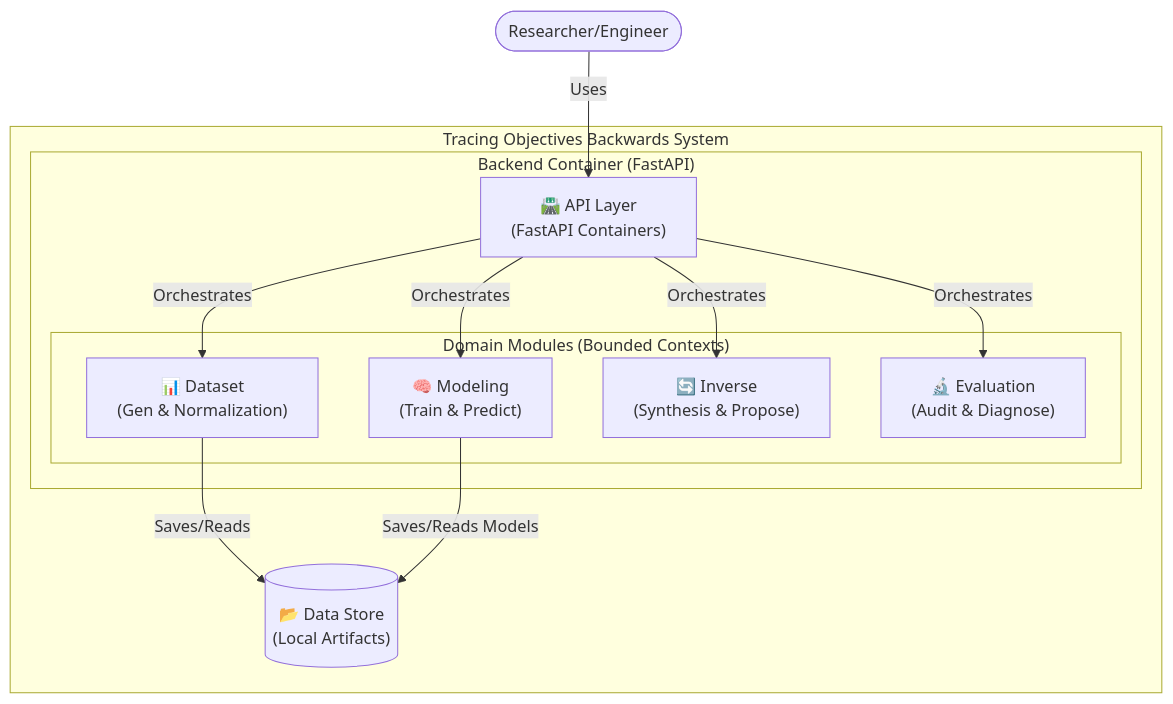
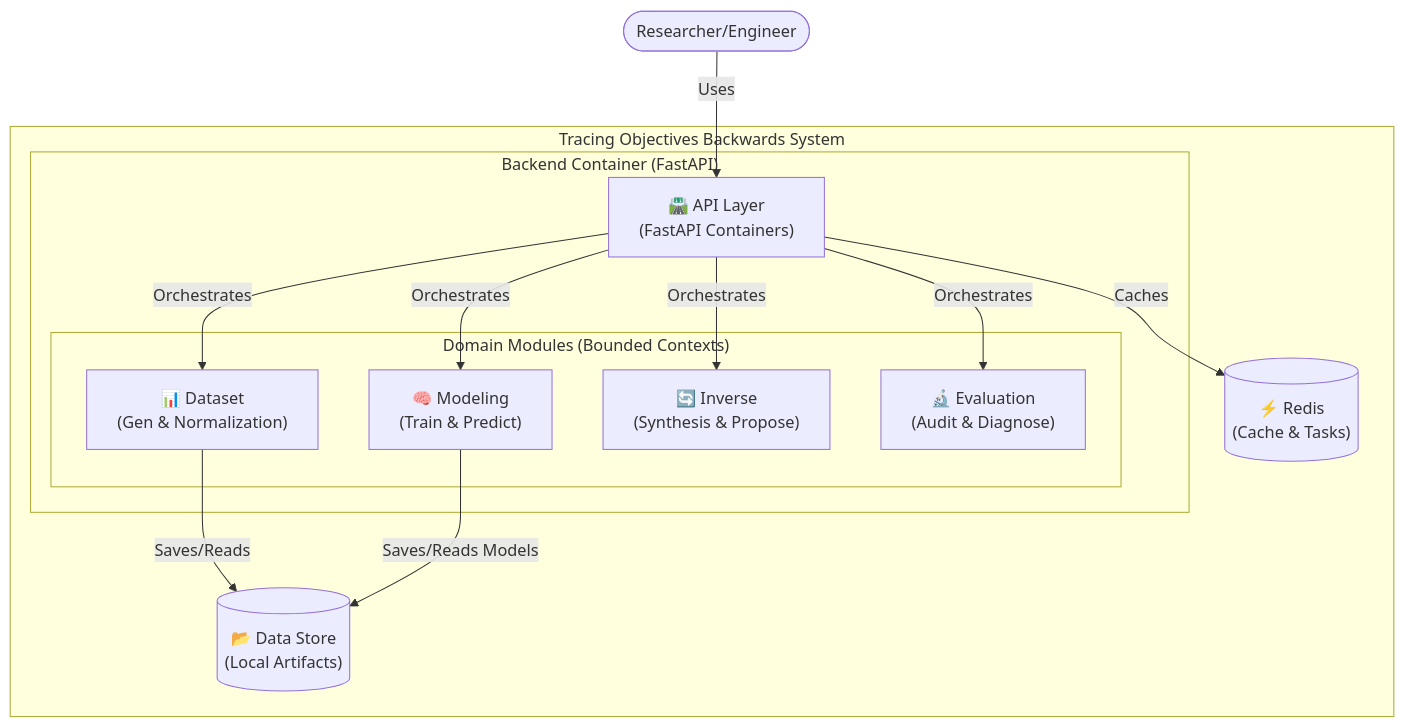
Before and after one commit to Nicola-Ibrahim/Tracing-Objectives-Backwards: the diagram in README.md, drawn with Mermaid. The commit also changed other lines of this file and 22 other files, not shown here.

````diff
--- a/README.md
+++ b/README.md
@@ -93,28 +20,31 @@
 ```mermaid
 graph TD
     User([Researcher/Engineer])
     
     subgraph "Tracing Objectives Backwards System"
         subgraph "Backend Container (FastAPI)"
             API["🛣️ API Layer<br/>(FastAPI Containers)"]
             
             subgraph "Domain Modules (Bounded Contexts)"
                 Dataset["📊 Dataset<br/>(Gen & Normalization)"]
                 Modeling["🧠 Modeling<br/>(Train & Predict)"]
                 Inverse["🔄 Inverse<br/>(Synthesis & Propose)"]
                 Evaluation["🔬 Evaluation<br/>(Audit & Diagnose)"]
             end
         end
         
         FileSystem[("📂 Data Store<br/>(Local Artifacts)")]
+        RedisStore[("⚡ Redis<br/>(Cache & Tasks)")]
     end
 
     User -->|Uses| API
     API -->|Orchestrates| Dataset
     API -->|Orchestrates| Modeling
     API -->|Orchestrates| Inverse
     API -->|Orchestrates| Evaluation
+    
+    API -->|Caches| RedisStore
 
     Dataset -->|Saves/Reads| FileSystem
     Modeling -->|Saves/Reads Models| FileSystem
 ```
````
